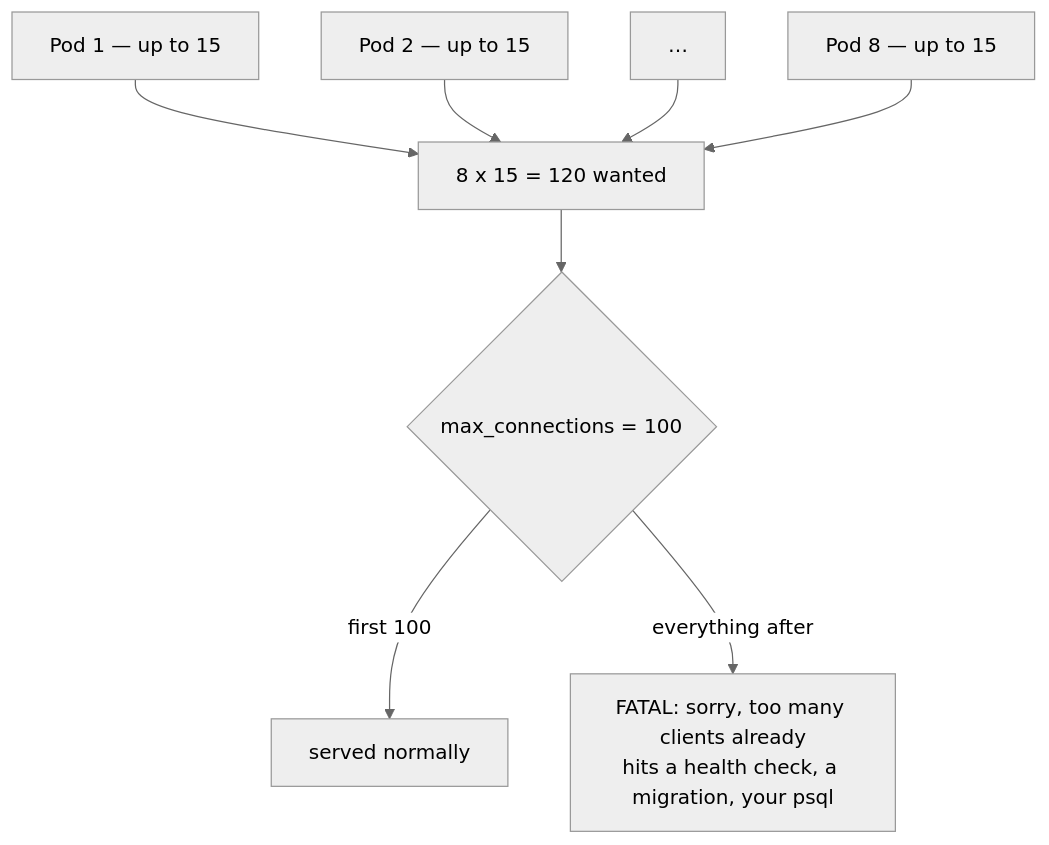
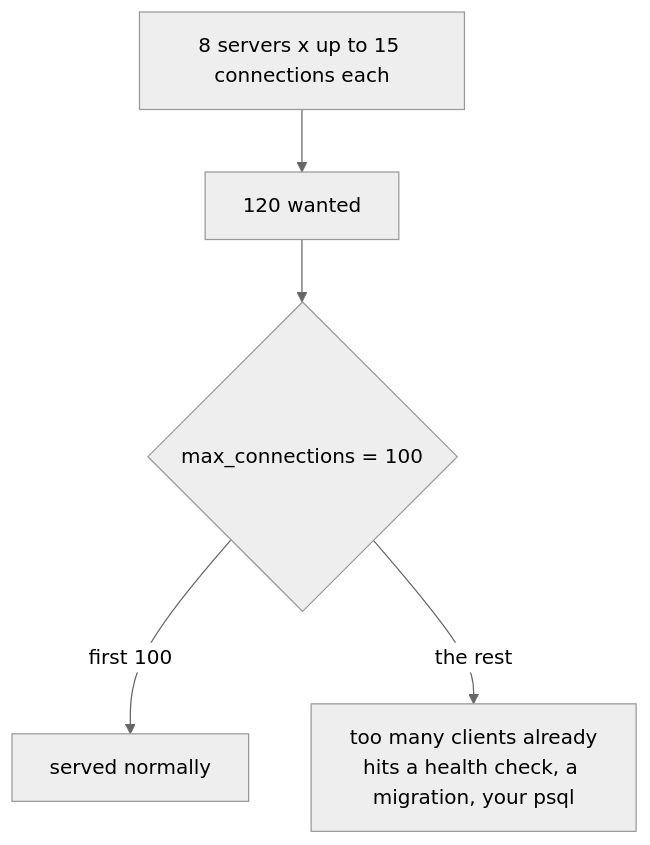
One commit to selvakumarperumal/Corporate_Filing_Analyzer_Agent changed the tenth of 15 diagrams in docs/TESTING-SCALING.md. Above: the diagram before and after it, drawn with Mermaid (neutral theme). The commit also changed other lines of this file, not shown here.

Commit message:
docs: streamline scaling test guide with plain-language summaries, settings tables, and clear architectural diagrams

````diff
--- a/docs/TESTING-SCALING.md
+++ b/docs/TESTING-SCALING.md
@@ -690,10 +788,7 @@
 ```mermaid
 flowchart TB
-  P1["Pod 1 — up to 15"] --> T
-  P2["Pod 2 — up to 15"] --> T
-  P3["…"] --> T
-  P8["Pod 8 — up to 15"] --> T
-  T["8 x 15 = 120 wanted"] --> PG{"max_connections = 100"}
+  P["8 servers x up to 15 connections each"] --> T["120 wanted"]
+  T --> PG{"max_connections = 100"}
   PG -->|"first 100"| OK["served normally"]
-  PG -->|"everything after"| X["FATAL: sorry, too many clients already<br/>hits a health check, a migration, your psql"]
+  PG -->|"the rest"| X["too many clients already<br/>hits a health check, a migration, your psql"]
 ```
````
